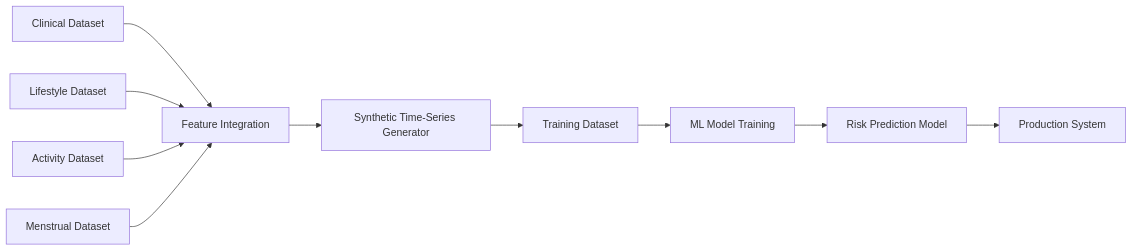
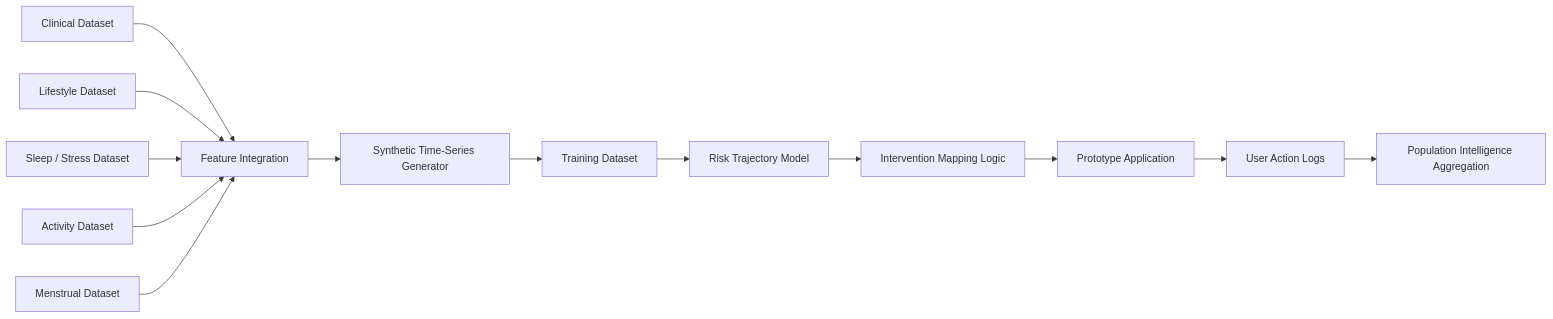
The sixth of 6 diagrams in README.md (patorsiang/synchealth-remission), drawn with Mermaid before and after one commit. The commit also changed other lines of this file, not shown here.

````diff
--- a/README.md
+++ b/README.md
@@ -545,17 +642,19 @@
 ```mermaid
-
 flowchart LR
 
-A[Clinical Dataset] --> D[Feature Integration]
-B[Lifestyle Dataset] --> D
-C[Activity Dataset] --> D
-M[Menstrual Dataset] --> D
+A[Clinical Dataset] --> E[Feature Integration]
+B[Lifestyle Dataset] --> E
+C[Sleep / Stress Dataset] --> E
+D[Activity Dataset] --> E
+M[Menstrual Dataset] --> E
 
-D --> E[Synthetic Time-Series Generator]
-E --> F[Training Dataset]
+E --> F[Synthetic Time-Series Generator]
+F --> G[Training Dataset]
 
-F --> G[ML Model Training]
-G --> H[Risk Prediction Model]
+G --> H[Risk Trajectory Model]
+H --> I[Intervention Mapping Logic]
+I --> J[Prototype Application]
 
-H --> I[Production System]
+J --> K[User Action Logs]
+K --> L[Population Intelligence Aggregation]
 ```
````
